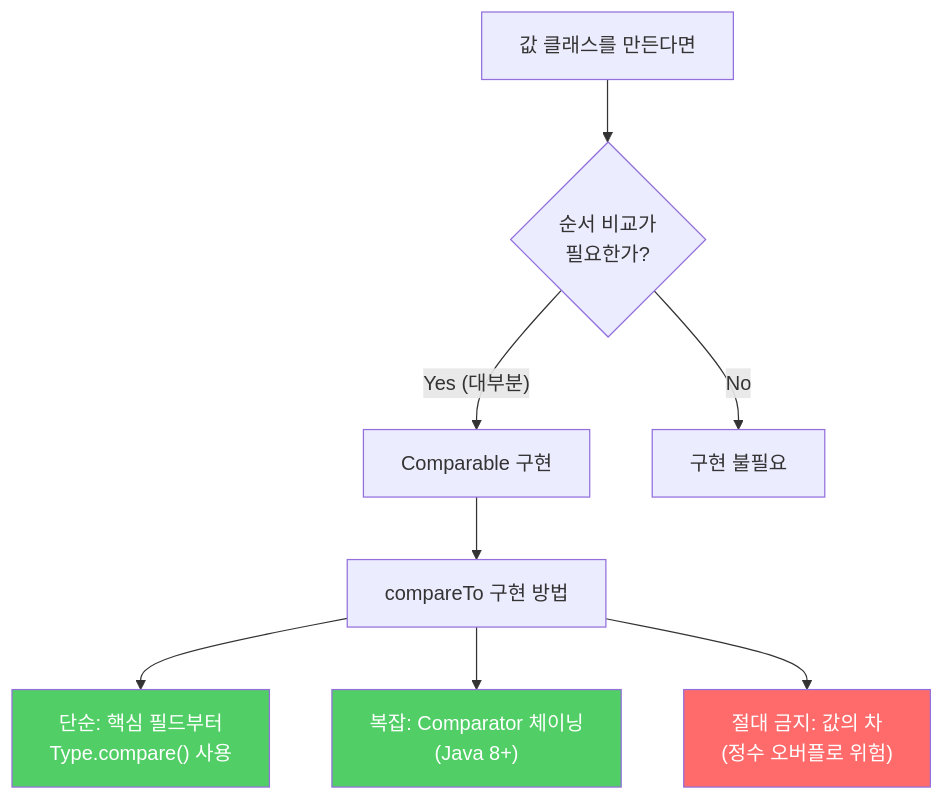
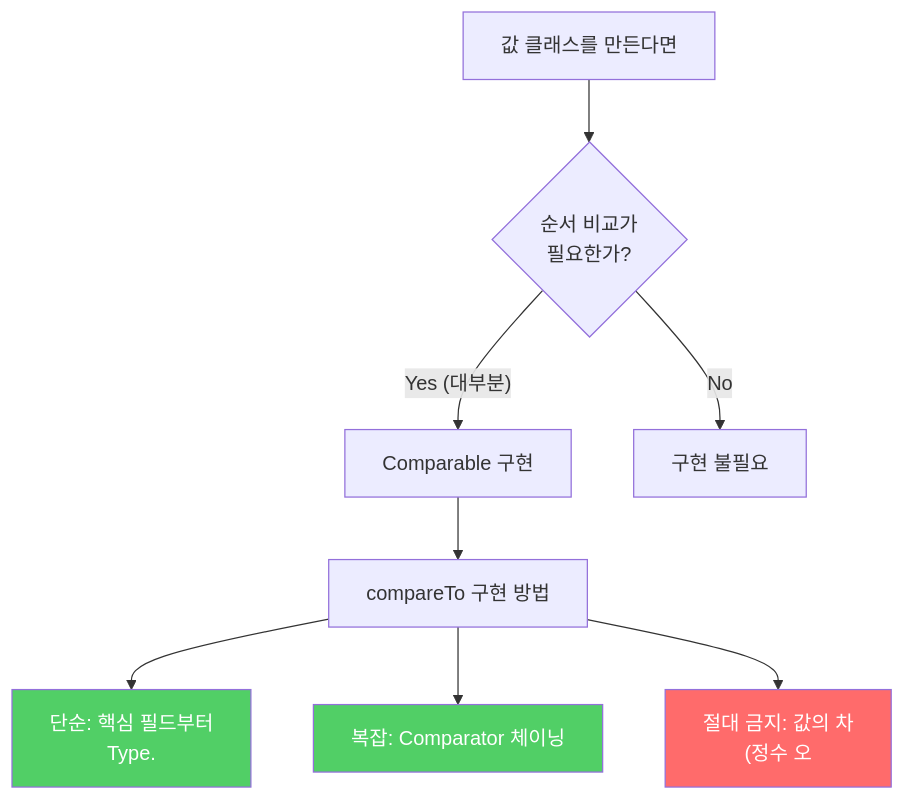
One commit to yjkim2015/yjkim2015.github.io changed the second of 2 diagrams in _posts/java/2021-12-28-effective-java14.md. Above: the diagram before and after it, drawn with Mermaid. The commit also changed other lines of this file and 271 other files, not shown here.

First line of the commit message:
Mermaid 라벨 축소: 긴 노드 텍스트 18자 이하로 트림 + \n 제거

````diff
--- a/_posts/java/2021-12-28-effective-java14.md
+++ b/_posts/java/2021-12-28-effective-java14.md
@@ -199,13 +199,13 @@
 ```mermaid
 graph TD
     A["값 클래스를 만든다면"] --> B{"순서 비교가\n필요한가?"}
     B -->|"Yes (대부분)"| C["Comparable 구현"]
     B -->|"No"| D["구현 불필요"]
     C --> E["compareTo 구현 방법"]
-    E --> F["단순: 핵심 필드부터\nType.compare() 사용"]
-    E --> G["복잡: Comparator 체이닝\n(Java 8+)"]
-    E --> H["절대 금지: 값의 차\n(정수 오버플로 위험)"]
+    E --> F["단순: 핵심 필드부터\nType."]
+    E --> G["복잡: Comparator 체이닝"]
+    E --> H["절대 금지: 값의 차\n(정수 오"]
     style F fill:#51cf66,color:#fff
     style G fill:#51cf66,color:#fff
     style H fill:#ff6b6b,color:#fff
 ```
````
